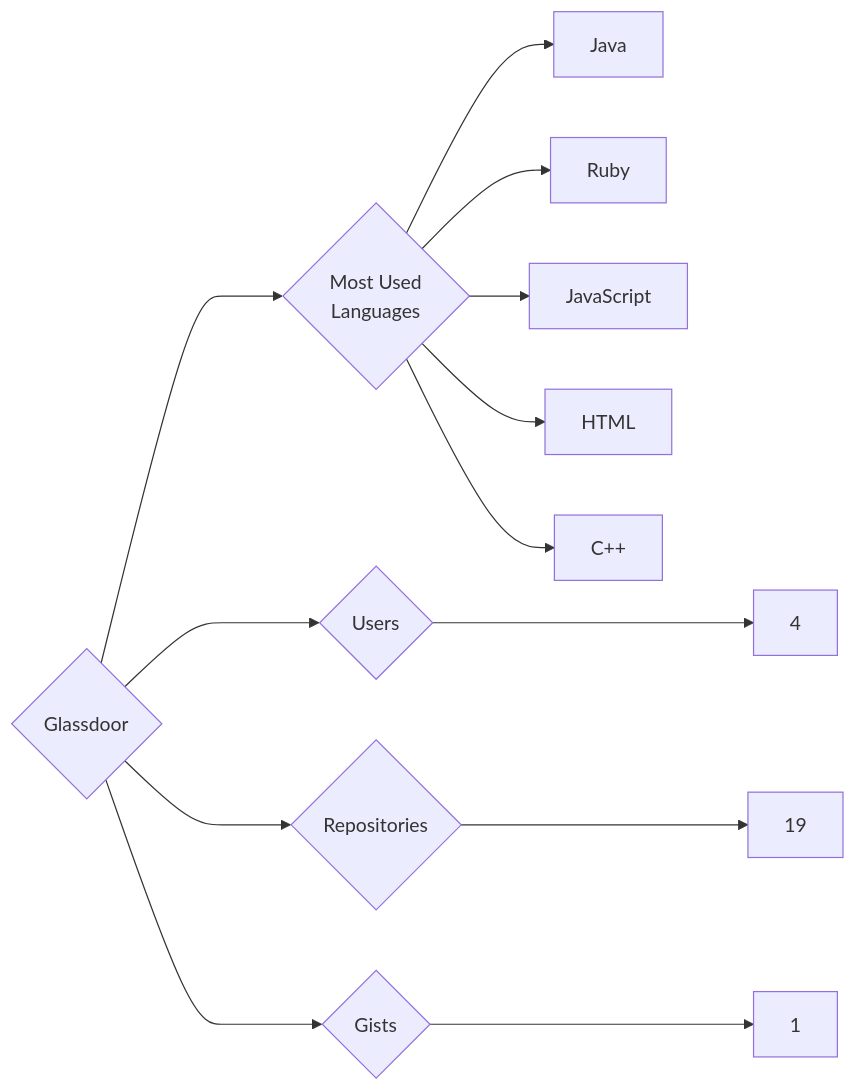
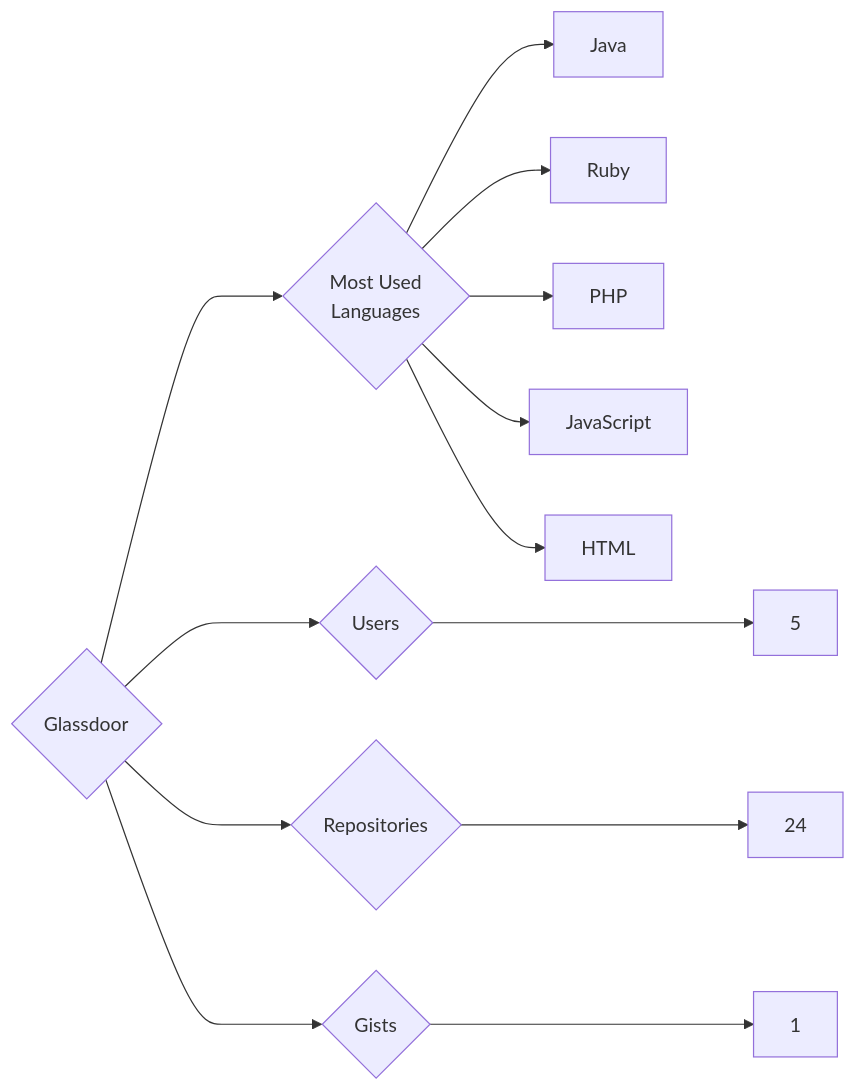
Before and after one commit to trickest/insiders: the diagram in targets/Glassdoor/README.md, drawn with Mermaid. The commit also changed 873 other files, not shown here.

````diff
--- a/targets/Glassdoor/README.md
+++ b/targets/Glassdoor/README.md
@@ -3,13 +3,13 @@
 ```mermaid
 graph LR
 COMPANY_NAME{Glassdoor}
-COMPANY_NAME ---> U{Users} ---> UN[4]
-COMPANY_NAME ---> R{Repositories} ---> RN[19]
+COMPANY_NAME ---> U{Users} ---> UN[5]
+COMPANY_NAME ---> R{Repositories} ---> RN[24]
 COMPANY_NAME ---> G{Gists} ---> GN[1]
 COMPANY_NAME ---> ML{Most Used<br>Languages}
 ML --> Java[Java]
 ML --> Ruby[Ruby]
+ML --> PHP[PHP]
 ML --> JavaScript[JavaScript]
 ML --> HTML[HTML]
-ML --> C++[C++]
 ```
````
